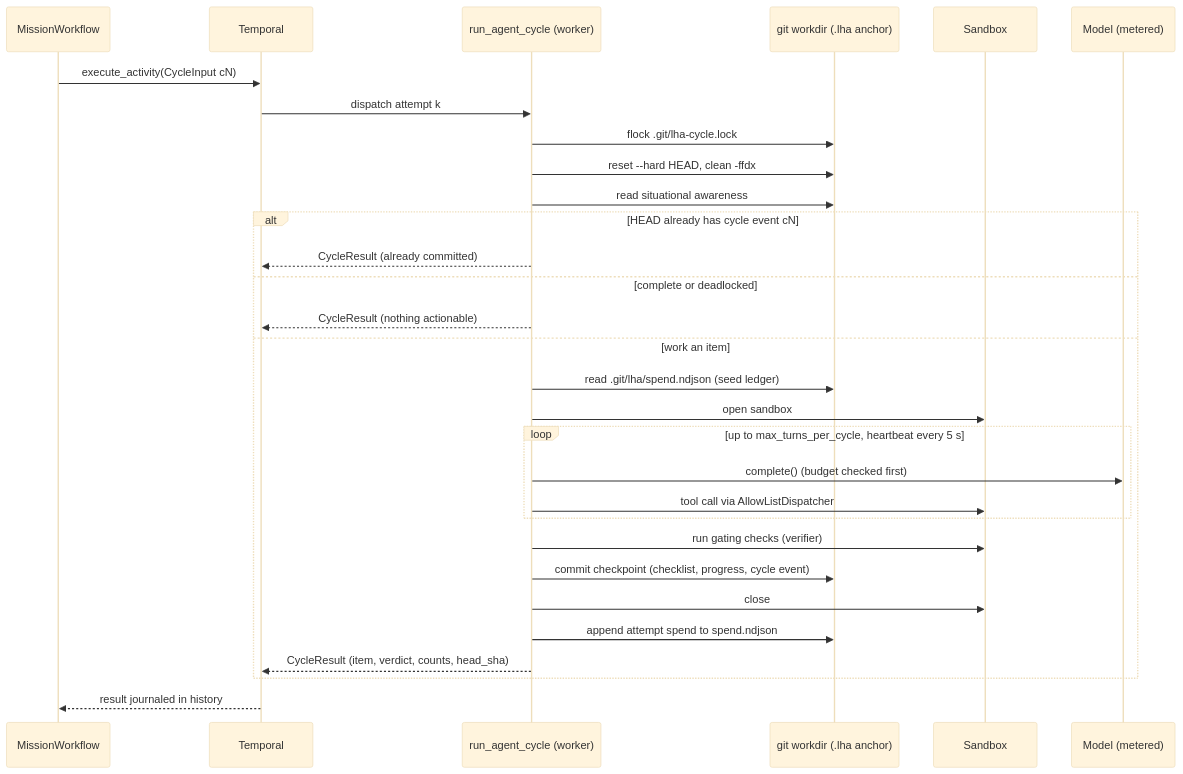
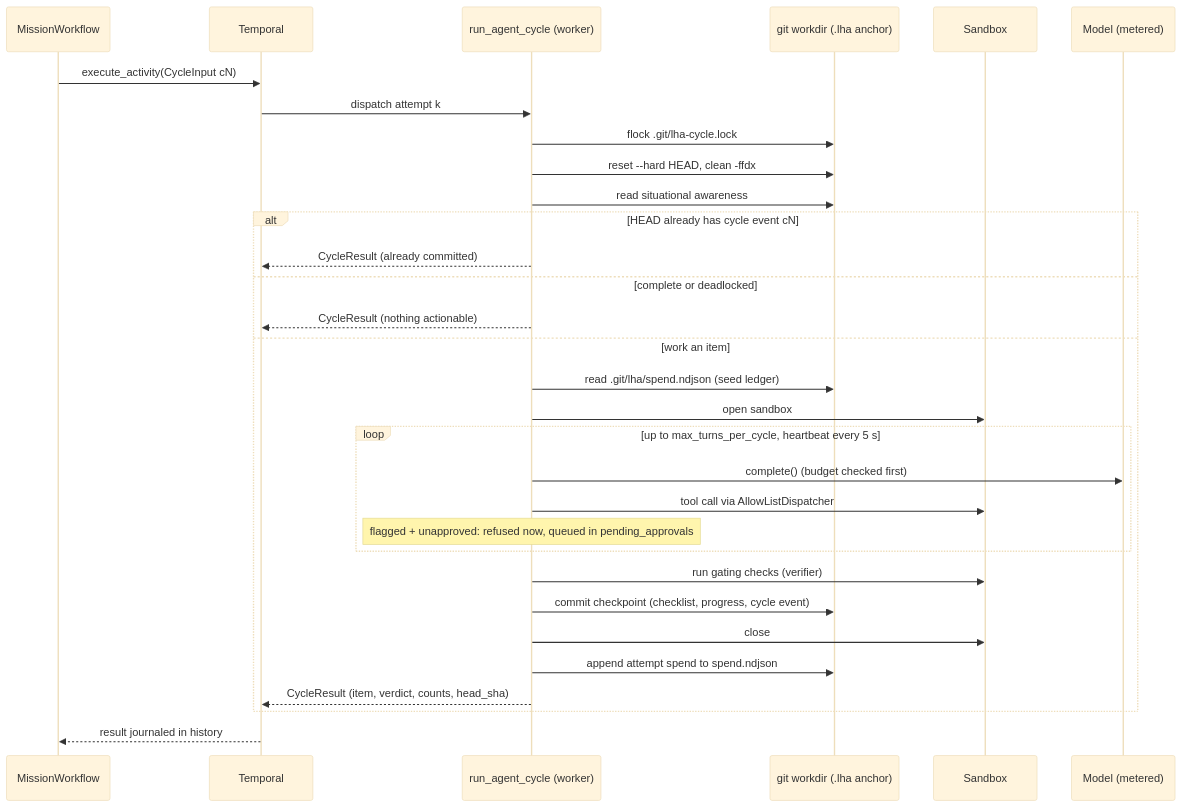
Before and after one commit to calvinchengx/long-horizon-agent: the diagram in docs/08-durable-execution.md, drawn with Mermaid (base theme). The commit also changed other lines of this file and 5 other files, not shown here.

````diff
--- a/docs/08-durable-execution.md
+++ b/docs/08-durable-execution.md
@@ -64,32 +66,33 @@
 ```mermaid
 sequenceDiagram
     participant W as MissionWorkflow
     participant T as Temporal
     participant A as run_agent_cycle (worker)
     participant G as git workdir (.lha anchor)
     participant S as Sandbox
     participant M as Model (metered)
     W->>T: execute_activity(CycleInput cN)
     T->>A: dispatch attempt k
     A->>G: flock .git/lha-cycle.lock
     A->>G: reset --hard HEAD, clean -ffdx
     A->>G: read situational awareness
     alt HEAD already has cycle event cN
         A-->>T: CycleResult (already committed)
     else complete or deadlocked
         A-->>T: CycleResult (nothing actionable)
     else work an item
         A->>G: read .git/lha/spend.ndjson (seed ledger)
         A->>S: open sandbox
         loop up to max_turns_per_cycle, heartbeat every 5 s
             A->>M: complete() (budget checked first)
             A->>S: tool call via AllowListDispatcher
+            Note over A: flagged + unapproved: refused now, queued in pending_approvals
         end
         A->>S: run gating checks (verifier)
         A->>G: commit checkpoint (checklist, progress, cycle event)
         A->>S: close
         A->>G: append attempt spend to spend.ndjson
         A-->>T: CycleResult (item, verdict, counts, head_sha)
     end
     T-->>W: result journaled in history
 ```
````
